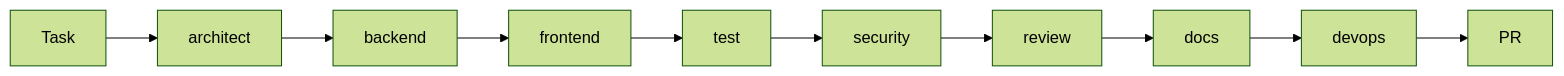
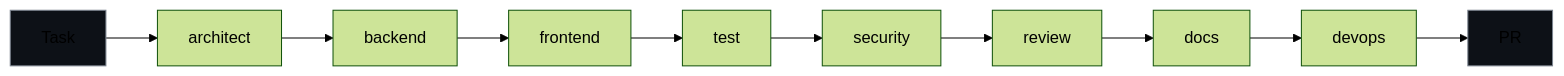
The third of 5 diagrams in demo/slides/slides.md (zanebarker-ops/claude-dev-toolkit), drawn with Mermaid (forest theme) before and after one commit. The commit also changed other lines of this file and 1 other file, not shown here.

````diff
--- a/demo/slides/slides.md
+++ b/demo/slides/slides.md
@@ -683,4 +960,14 @@
-```mermaid {scale: 0.6}
+```mermaid
 flowchart LR
-  T[Task] --> A1[architect] --> B1[backend] --> F1[frontend] --> Te1[test] --> S1[security] --> R1[review] --> D1[docs] --> O1[devops] --> P[PR]
+  T[Task] --> A[architect]
+  A --> B[backend]
+  B --> F[frontend]
+  F --> Te[test]
+  Te --> S[security]
+  S --> R[review]
+  R --> D[docs]
+  D --> O[devops]
+  O --> P[PR]
+  style T fill:#0d1117,stroke:#7d8590
+  style P fill:#0d1117,stroke:#7d8590
 ```
````
